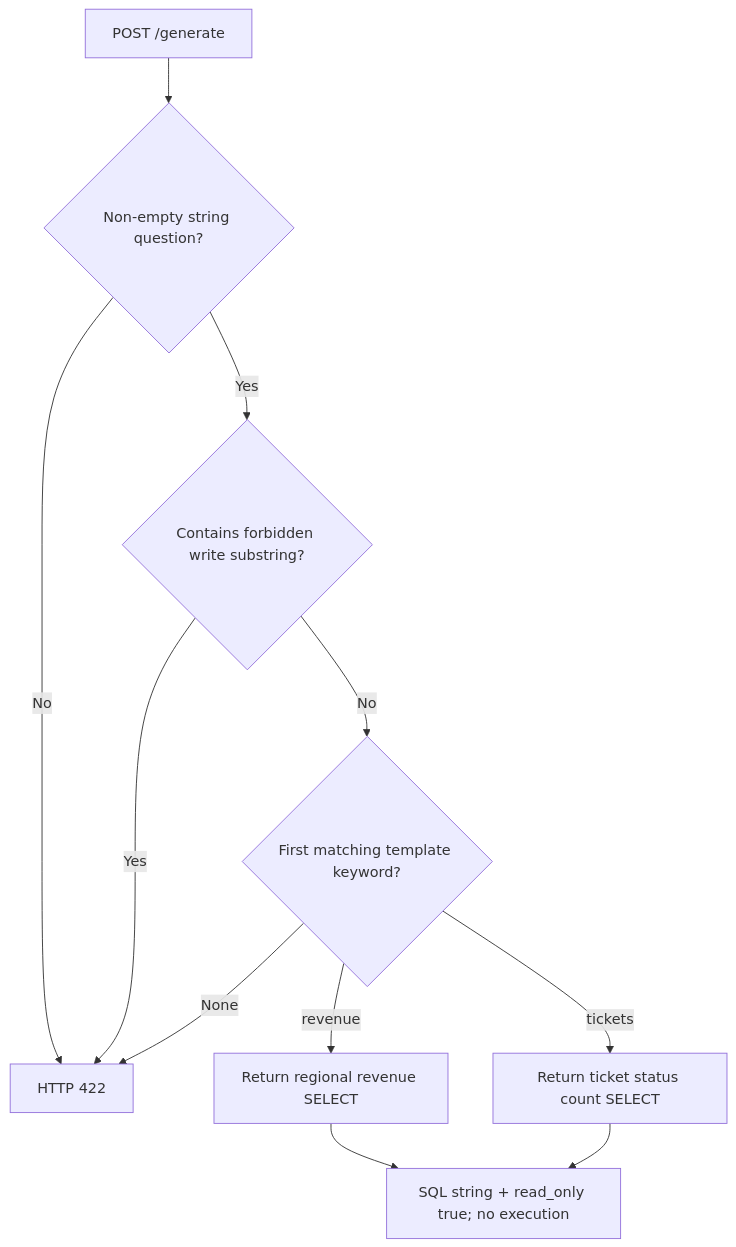
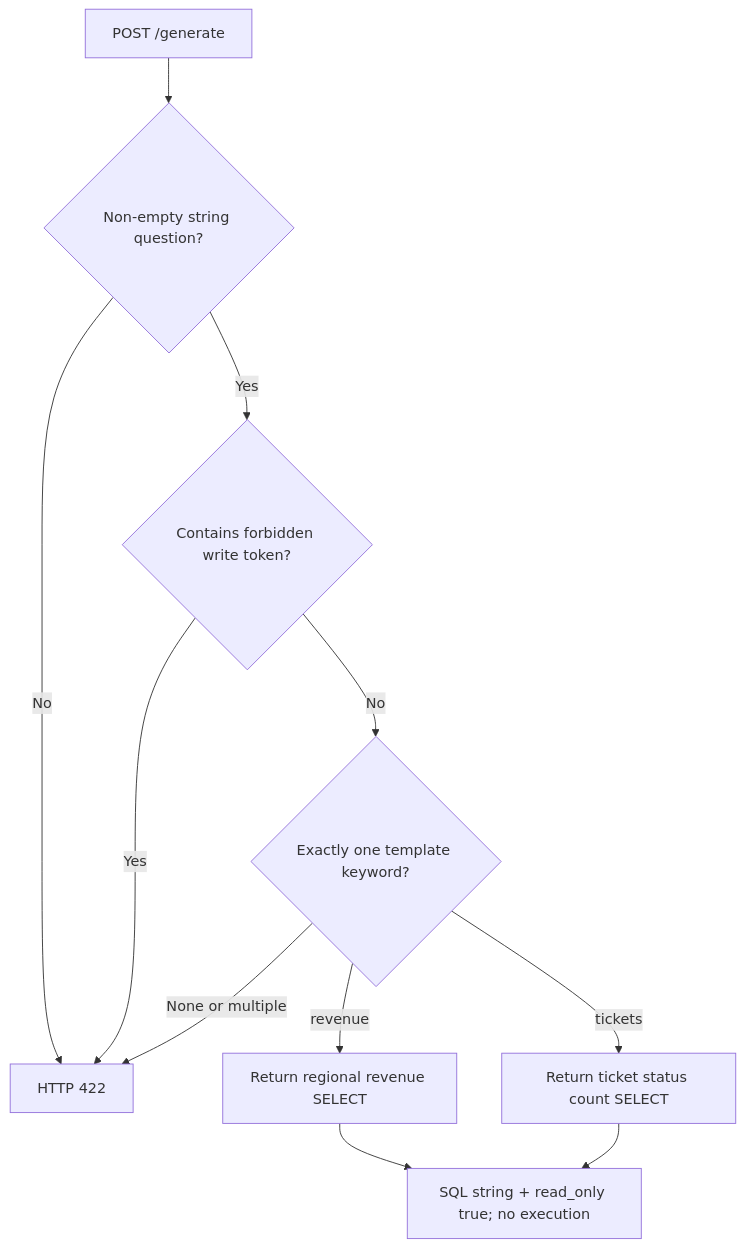
One commit to iarsingh/sql-analytics-dashboard changed the first of 2 diagrams in docs/PROCESS_FLOW.md. Above: the diagram before and after it, drawn with Mermaid. The commit also changed other lines of this file and 14 other files, not shown here.

````diff
--- a/docs/PROCESS_FLOW.md
+++ b/docs/PROCESS_FLOW.md
@@ -7,13 +7,13 @@
 ```mermaid
 flowchart TD
   A["POST /generate"] --> B{"Non-empty string question?"}
   B -->|"No"| E["HTTP 422"]
-  B -->|"Yes"| C{"Contains forbidden write substring?"}
+  B -->|"Yes"| C{"Contains forbidden write token?"}
   C -->|"Yes"| E
-  C -->|"No"| D{"First matching template keyword?"}
+  C -->|"No"| D{"Exactly one template keyword?"}
   D -->|"revenue"| R["Return regional revenue SELECT"]
   D -->|"tickets"| T["Return ticket status count SELECT"]
-  D -->|"None"| E
+  D -->|"None or multiple"| E
   R --> O["SQL string + read_only true; no execution"]
   T --> O
 ```
````
